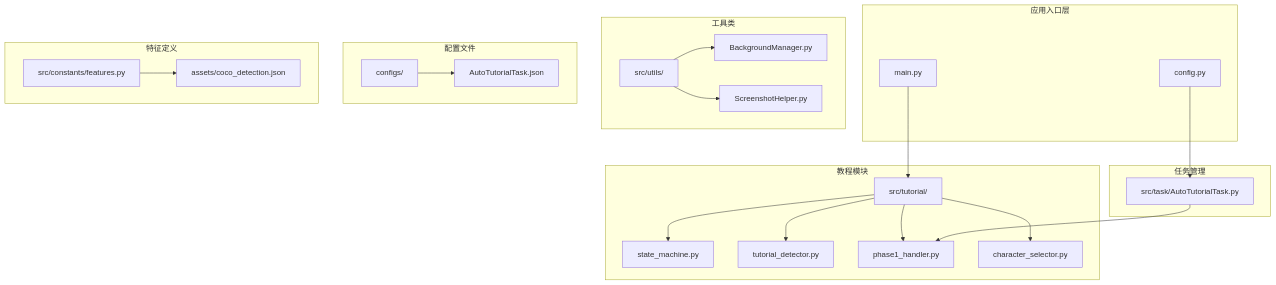
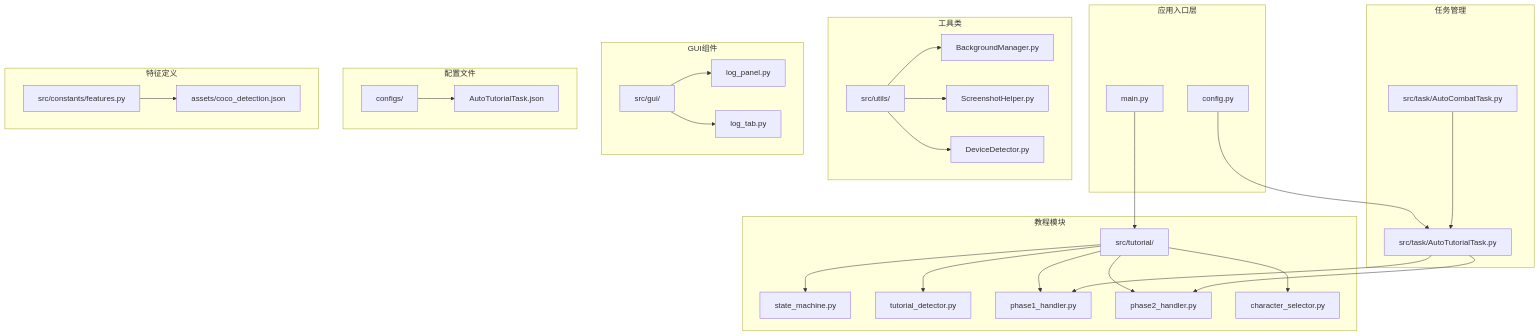
The first of 17 diagrams in .qoder/repowiki/zh/content/核心系统架构/教程检测系统.md (xsy098-max/ok-jump), drawn with Mermaid before and after one commit. The commit also changed other lines of this file and 28 other files, not shown here.

````diff
--- a/.qoder/repowiki/zh/content/核心系统架构/教程检测系统.md
+++ b/.qoder/repowiki/zh/content/核心系统架构/教程检测系统.md
@@ -73,41 +85,55 @@
 ```mermaid
 graph TB
 subgraph "应用入口层"
 A[main.py]
 B[config.py]
 end
 subgraph "教程模块"
 C[src/tutorial/]
 D[state_machine.py]
 E[tutorial_detector.py]
 F[phase1_handler.py]
-G[character_selector.py]
+G[phase2_handler.py]
+H[character_selector.py]
 end
 subgraph "任务管理"
-H[src/task/AutoTutorialTask.py]
+I[src/task/AutoTutorialTask.py]
+J[src/task/AutoCombatTask.py]
 end
 subgraph "工具类"
-I[src/utils/]
-J[BackgroundManager.py]
-K[ScreenshotHelper.py]
+K[src/utils/]
+L[BackgroundManager.py]
+M[ScreenshotHelper.py]
+N[DeviceDetector.py]
+end
+subgraph "GUI组件"
+O[src/gui/]
+P[log_panel.py]
+Q[log_tab.py]
 end
 subgraph "配置文件"
-L[configs/]
-M[AutoTutorialTask.json]
+R[configs/]
+S[AutoTutorialTask.json]
 end
 subgraph "特征定义"
-N[src/constants/features.py]
-O[assets/coco_detection.json]
+T[src/constants/features.py]
+U[assets/coco_detection.json]
 end
 A --> C
-B --> H
+B --> I
 C --> D
 C --> E
 C --> F
 C --> G
-H --> F
-I --> J
-I --> K
-L --> M
-N --> O
+C --> H
+I --> F
+I --> G
+J --> I
+K --> L
+K --> M
+K --> N
+O --> P
+O --> Q
+R --> S
+T --> U
 ```
````
